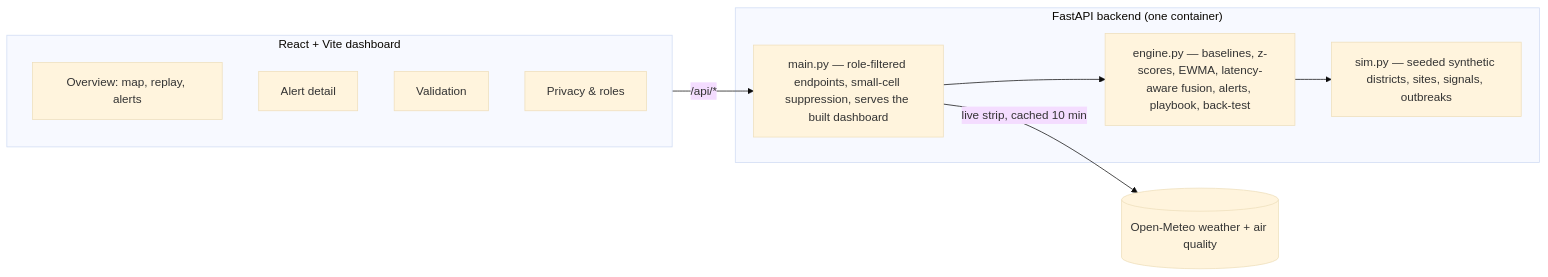
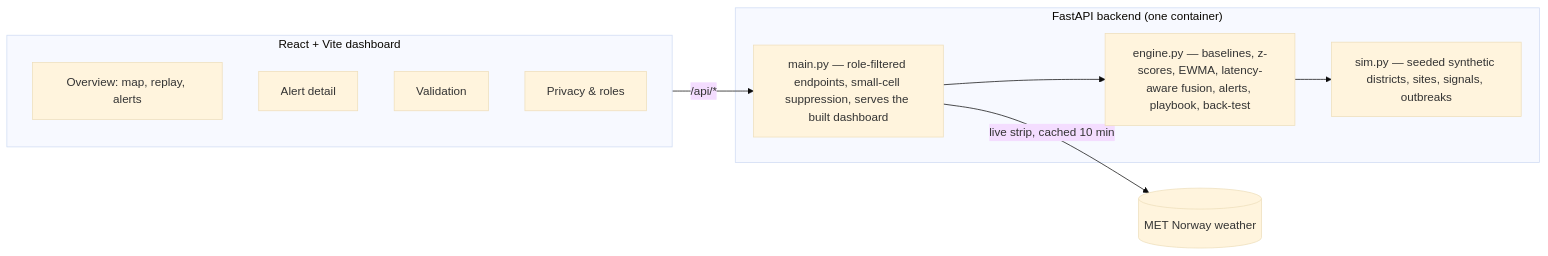
Before and after one commit to ArhamAzad2004/health-early-warning: the diagram in README.md, drawn with Mermaid (base theme). The commit also changed other lines of this file and 7 other files, not shown here.

First line of the commit message:
Switch live weather to MET Norway (#56)

````diff
--- a/README.md
+++ b/README.md
@@ -31,18 +31,18 @@
 ```mermaid
 flowchart LR
   subgraph UI["React + Vite dashboard"]
     OV[Overview: map, replay, alerts]
     AD[Alert detail]
     VAL[Validation]
     PR[Privacy & roles]
   end
   subgraph API["FastAPI backend (one container)"]
     SIM["sim.py — seeded synthetic districts, sites, signals, outbreaks"]
     ENG["engine.py — baselines, z-scores, EWMA, latency-aware fusion, alerts, playbook, back-test"]
     MAIN["main.py — role-filtered endpoints, small-cell suppression, serves the built dashboard"]
   end
-  OM[(Open-Meteo weather + air quality)]
+  OM[(MET Norway weather)]
   UI -- "/api/*" --> MAIN
   MAIN --> ENG --> SIM
   MAIN -- "live strip, cached 10 min" --> OM
 ```
````
